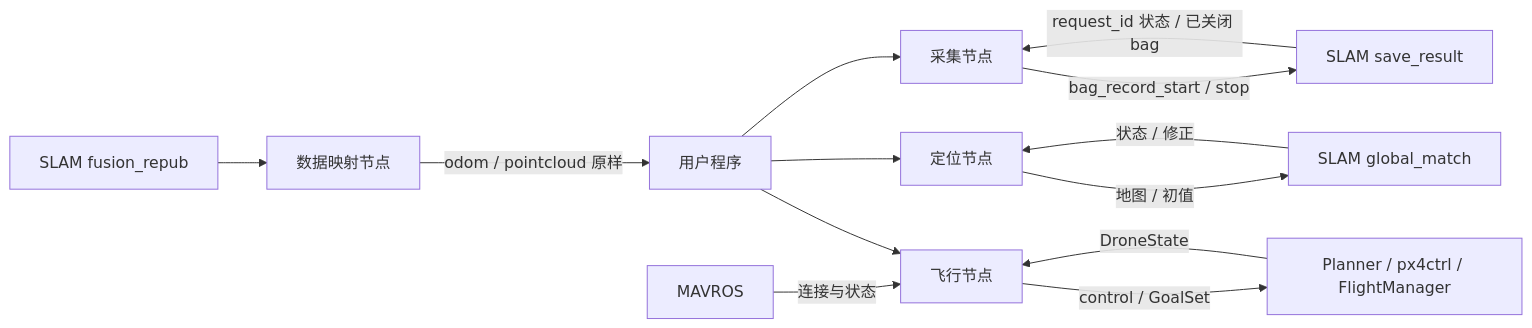
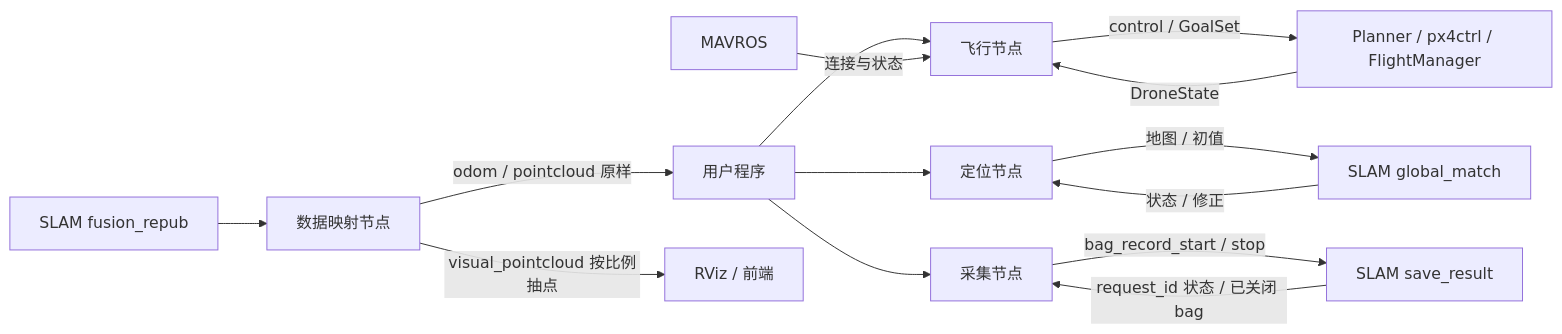
One commit to QGDuan/Spikive-Control-SDK changed the diagram in docs/开发逻辑.md. Above: the diagram before and after it, drawn with Mermaid. The commit also changed other lines of this file and 13 other files, not shown here.

````diff
--- a/docs/开发逻辑.md
+++ b/docs/开发逻辑.md
@@ -14,15 +14,16 @@
 ```mermaid
 flowchart LR
   User[用户程序] --> Flight[飞行节点]
   Flight -->|control / GoalSet| Planner[Planner / px4ctrl / FlightManager]
   Planner -->|DroneState| Flight
   Mavros[MAVROS] -->|连接与状态| Flight
   User --> Loc[定位节点]
   Loc -->|地图 / 初值| Match[SLAM global_match]
   Match -->|状态 / 修正| Loc
   User --> Record[采集节点]
   Record -->|bag_record_start / stop| Save[SLAM save_result]
   Save -->|request_id 状态 / 已关闭 bag| Record
   Fusion[SLAM fusion_repub] --> Data[数据映射节点]
   Data -->|odom / pointcloud 原样| User
+  Data -->|visual_pointcloud 按比例抽点| Viewer[RViz / 前端]
 ```
````
